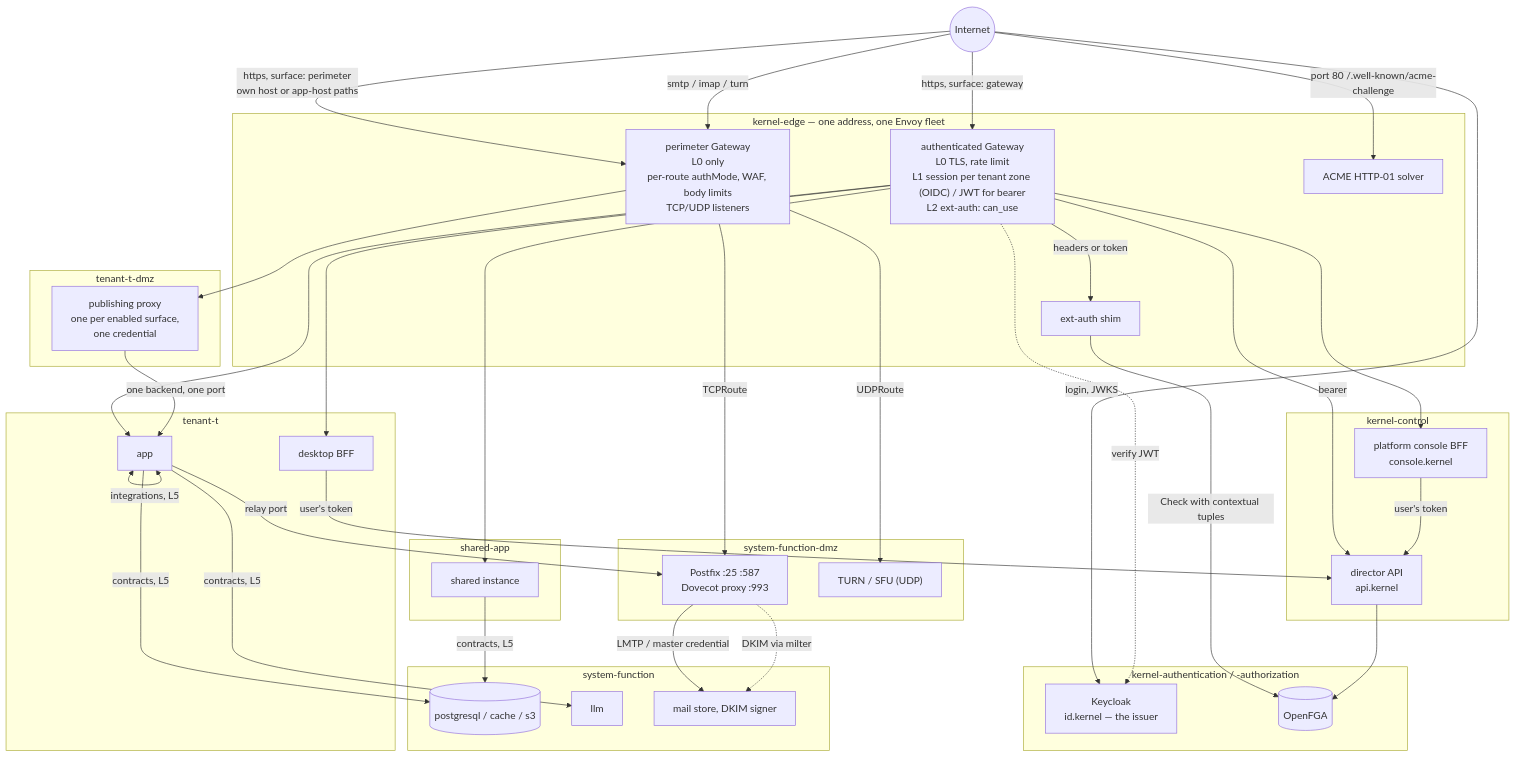
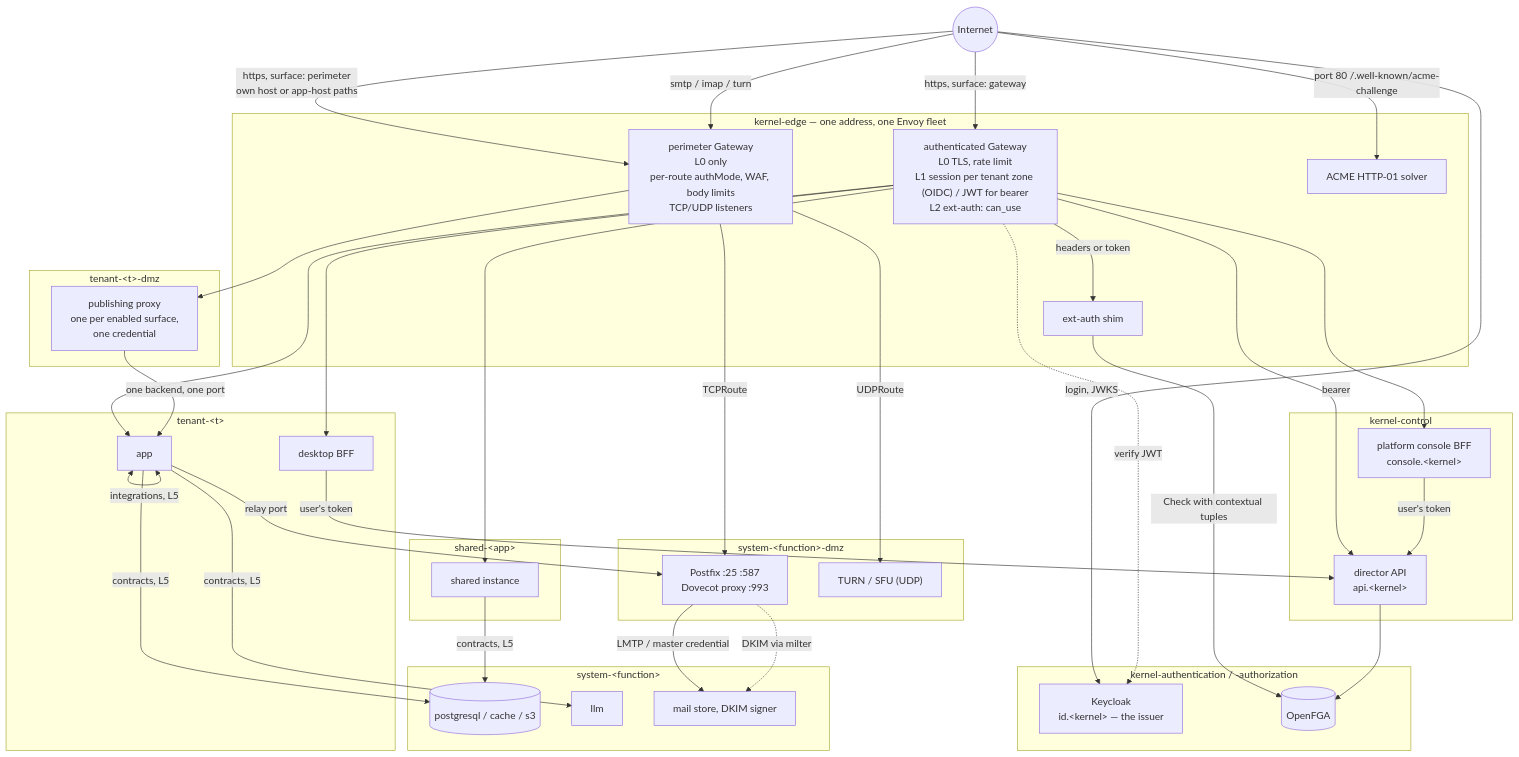
One commit to gentian-org/gentian-os changed the diagram in docs/plans/networking.md. Above: the diagram before and after it, drawn with Mermaid.

Commit message:
docs(networking): placeholder names in the diagram

````diff
--- a/docs/plans/networking.md
+++ b/docs/plans/networking.md
@@ -48,79 +48,79 @@
 ```mermaid
 flowchart TB
     NET(("Internet"))
 
     subgraph EDGE["kernel-edge — one address, one Envoy fleet"]
         AG["authenticated Gateway<br/>L0 TLS, rate limit<br/>L1 session per tenant zone (OIDC) / JWT for bearer<br/>L2 ext-auth: can_use"]
         PG["perimeter Gateway<br/>L0 only<br/>per-route authMode, WAF, body limits<br/>TCP/UDP listeners"]
         SHIM["ext-auth shim"]
         ACME["ACME HTTP-01 solver"]
     end
 
     subgraph KAUTH["kernel-authentication / -authorization"]
-        KC["Keycloak<br/>id.kernel — the issuer"]
+        KC["Keycloak<br/>id.&lt;kernel&gt; — the issuer"]
         FGA[("OpenFGA")]
     end
 
     subgraph KCTL["kernel-control"]
-        DIR["director API<br/>api.kernel"]
-        CON["platform console BFF<br/>console.kernel"]
+        DIR["director API<br/>api.&lt;kernel&gt;"]
+        CON["platform console BFF<br/>console.&lt;kernel&gt;"]
     end
 
-    subgraph TEN["tenant-t"]
+    subgraph TEN["tenant-&lt;t&gt;"]
         DESK["desktop BFF"]
         APP["app"]
     end
 
-    subgraph TDMZ["tenant-t-dmz"]
+    subgraph TDMZ["tenant-&lt;t&gt;-dmz"]
         PX["publishing proxy<br/>one per enabled surface,<br/>one credential"]
     end
 
-    subgraph SHR["shared-app"]
+    subgraph SHR["shared-&lt;app&gt;"]
         SAPP["shared instance"]
     end
 
-    subgraph SYS["system-function"]
+    subgraph SYS["system-&lt;function&gt;"]
         DB[("postgresql / cache / s3")]
         LLM["llm"]
         STORE["mail store, DKIM signer"]
     end
 
-    subgraph SDMZ["system-function-dmz"]
+    subgraph SDMZ["system-&lt;function&gt;-dmz"]
         MTA["Postfix :25 :587<br/>Dovecot proxy :993"]
         TURN["TURN / SFU (UDP)"]
     end
 
     NET -->|"https, surface: gateway"| AG
     NET -->|"https, surface: perimeter<br/>own host or app-host paths"| PG
     NET -->|"smtp / imap / turn"| PG
     NET -->|"login, JWKS"| KC
     NET -->|"port 80 /.well-known/acme-challenge"| ACME
 
     AG -. "verify JWT" .-> KC
     AG -->|"headers or token"| SHIM
     SHIM -->|"Check with contextual tuples"| FGA
 
     AG --> DESK
     AG --> APP
     AG --> SAPP
     AG --> CON
     AG -->|"bearer"| DIR
 
     PG --> PX
     PG -->|"TCPRoute"| MTA
     PG -->|"UDPRoute"| TURN
 
     PX -->|"one backend, one port"| APP
     MTA -->|"LMTP / master credential"| STORE
     MTA -. "DKIM via milter" .-> STORE
 
     DESK -->|"user's token"| DIR
     CON -->|"user's token"| DIR
     DIR --> FGA
 
     APP -->|"contracts, L5"| DB
     APP -->|"contracts, L5"| LLM
     APP -->|"relay port"| MTA
     APP <-->|"integrations, L5"| APP
     SAPP -->|"contracts, L5"| DB
 ```
````
